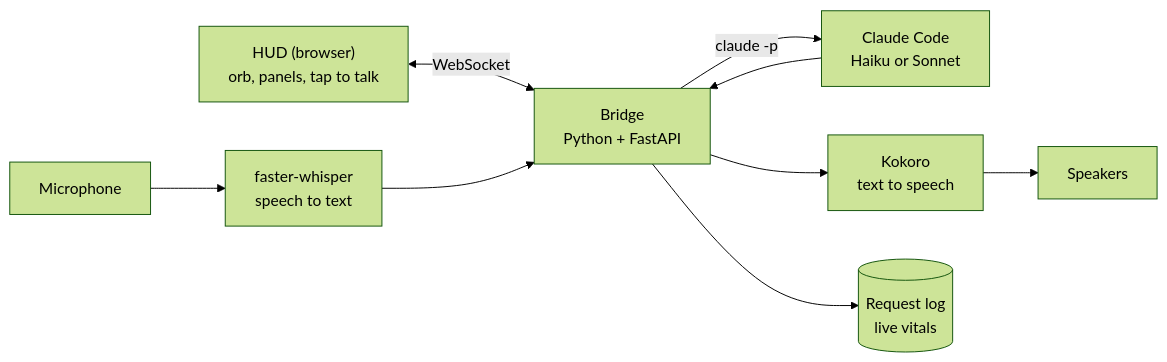
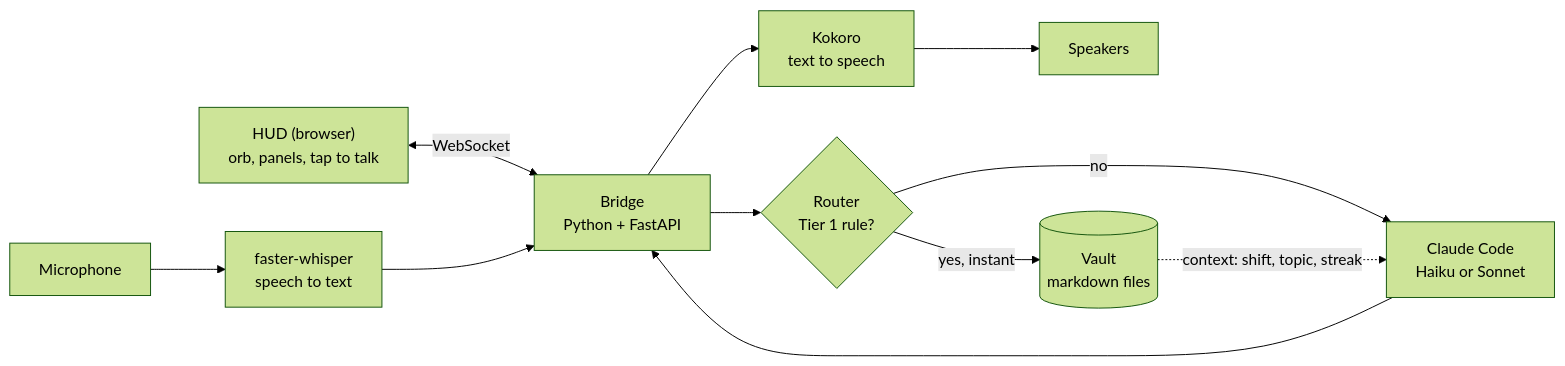
One commit to iTzDovit92x/jarvis changed the diagram in README.md. Above: the diagram before and after it, drawn with Mermaid (forest theme). The commit also changed other lines of this file and 10 other files, not shown here.

````diff
--- a/README.md
+++ b/README.md
@@ -15,9 +15,11 @@
 ```mermaid
 flowchart LR
     HUD["HUD (browser)<br/>orb, panels, tap to talk"] <-->|WebSocket| Bridge["Bridge<br/>Python + FastAPI"]
     Mic["Microphone"] --> Whisper["faster-whisper<br/>speech to text"] --> Bridge
-    Bridge -->|"claude -p"| Claude["Claude Code<br/>Haiku or Sonnet"]
-    Claude --> Bridge
+    Claude["Claude Code<br/>Haiku or Sonnet"] --> Bridge
     Bridge --> Kokoro["Kokoro<br/>text to speech"] --> Speakers["Speakers"]
-    Bridge --> Log[("Request log<br/>live vitals")]
+    Bridge --> Router{"Router<br/>Tier 1 rule?"}
+    Router -->|yes, instant| Vault[("Vault<br/>markdown files")]
+    Router -->|no| Claude
+    Vault -.->|context: shift, topic, streak| Claude
 ```
````
